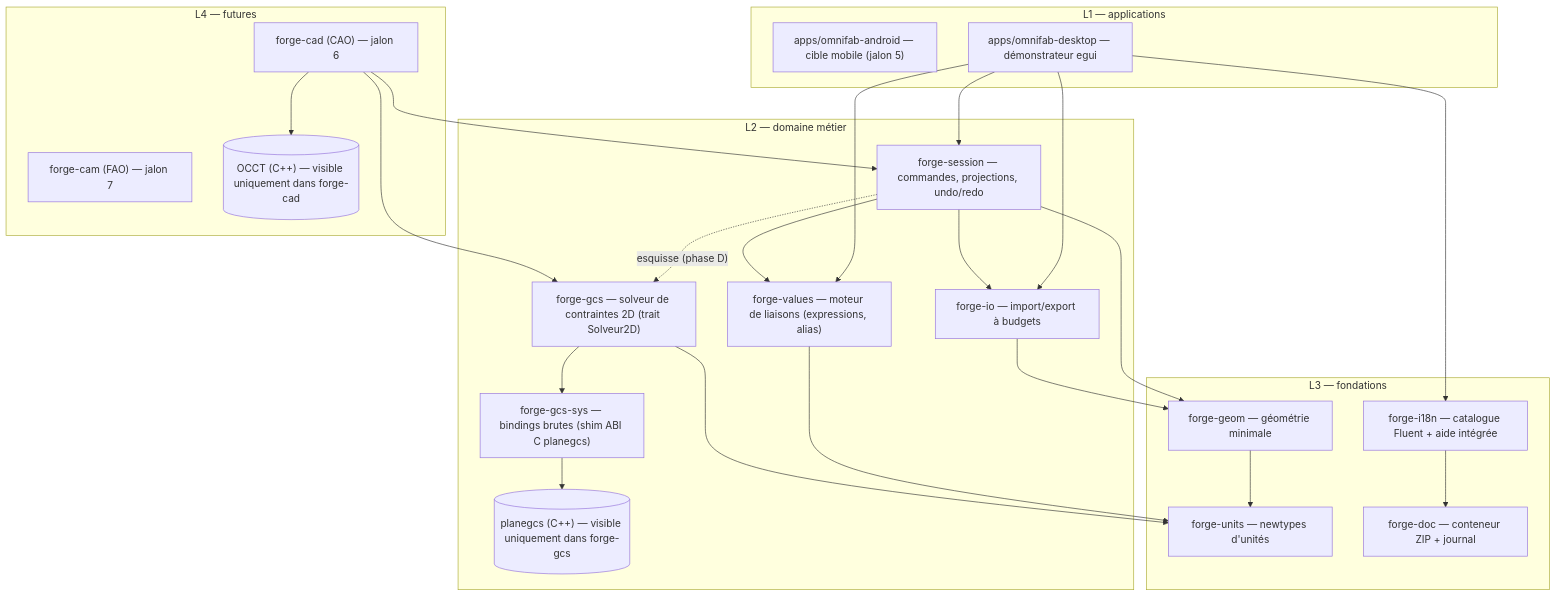
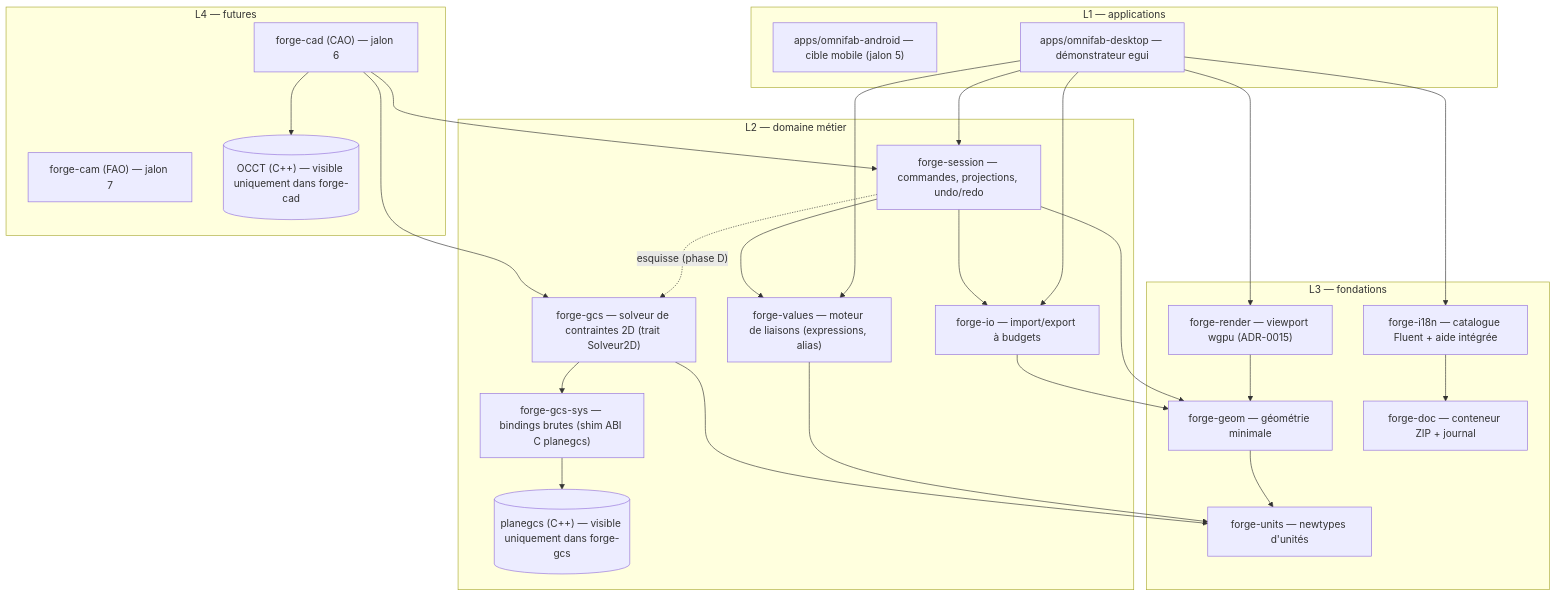
The diagram in docs/architecture.md (RaphOlivier/OmniFab), drawn with Mermaid before and after one commit. The commit also changed other lines of this file and 14 other files, not shown here.

Commit message:
viewport wgpu C1 : crate forge-render, caméra 2D, grille et tracés wgpu dans le desktop (ADR-0015)

````diff
--- a/docs/architecture.md
+++ b/docs/architecture.md
@@ -7,48 +8,51 @@
 ```mermaid
 flowchart TD
     subgraph L1[L1 — applications]
         android["apps/omnifab-android — cible mobile (jalon 5)"]
         desktop["apps/omnifab-desktop — démonstrateur egui"]
     end
 
     subgraph L2[L2 — domaine métier]
         session["forge-session — commandes, projections, undo/redo"]
         values["forge-values — moteur de liaisons (expressions, alias)"]
         io["forge-io — import/export à budgets"]
         gcs2d["forge-gcs — solveur de contraintes 2D (trait Solveur2D)"]
         gcssys["forge-gcs-sys — bindings brutes (shim ABI C planegcs)"]
         planegcs[("planegcs (C++) — visible uniquement dans forge-gcs")]
     end
 
     subgraph L3[L3 — fondations]
         geom["forge-geom — géométrie minimale"]
         units["forge-units — newtypes d'unités"]
         i18n["forge-i18n — catalogue Fluent + aide intégrée"]
+        render["forge-render — viewport wgpu (ADR-0015)"]
         doc["forge-doc — conteneur ZIP + journal"]
     end
 
     subgraph L4[L4 — futures]
         cad["forge-cad (CAO) — jalon 6"]
         cam["forge-cam (FAO) — jalon 7"]
         occt[("OCCT (C++) — visible uniquement dans forge-cad")]
     end
 
     desktop --> session
     desktop --> io
     desktop --> values
     desktop --> i18n
+    desktop --> render
     session --> values
     session --> io
     session --> geom
     io --> geom
+    render --> geom
     values --> units
     geom --> units
     i18n --> doc
     gcs2d --> units
     gcs2d --> gcssys
     gcssys --> planegcs
     session -. "esquisse (phase D)" .-> gcs2d
     cad --> session
     cad --> gcs2d
     cad --> occt
 ```
````
